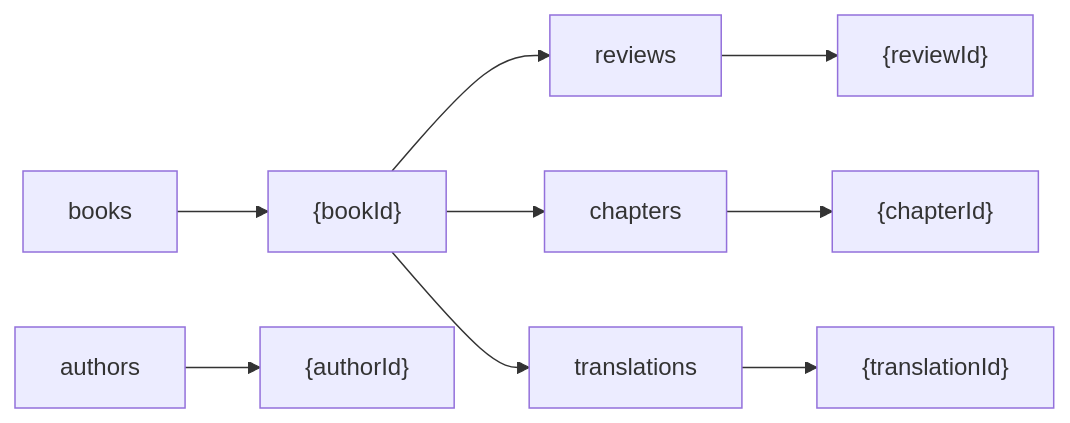
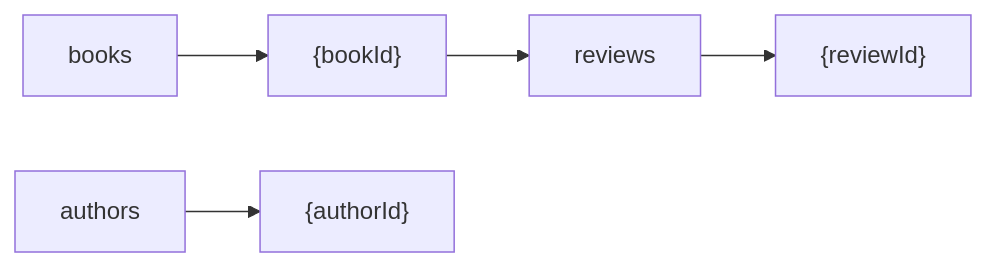
The diagram in src/renderers/graph/__tests__/__file_snapshots__/render-graph.md (kafkas/typesync), drawn with Mermaid before and after one commit. The commit also changed 51 other files, not shown here.

````diff
--- a/src/renderers/graph/__tests__/__file_snapshots__/render-graph.md
+++ b/src/renderers/graph/__tests__/__file_snapshots__/render-graph.md
@@ -6,11 +6,7 @@
 ```mermaid
 graph LR
     node1["books"] --> node2["{bookId}"]
     node2["{bookId}"] --> node3["reviews"]
     node3["reviews"] --> node4["{reviewId}"]
-    node2["{bookId}"] --> node5["chapters"]
-    node5["chapters"] --> node6["{chapterId}"]
-    node2["{bookId}"] --> node7["translations"]
-    node7["translations"] --> node8["{translationId}"]
-    node9["authors"] --> node10["{authorId}"]
+    node5["authors"] --> node6["{authorId}"]
 ```
````
